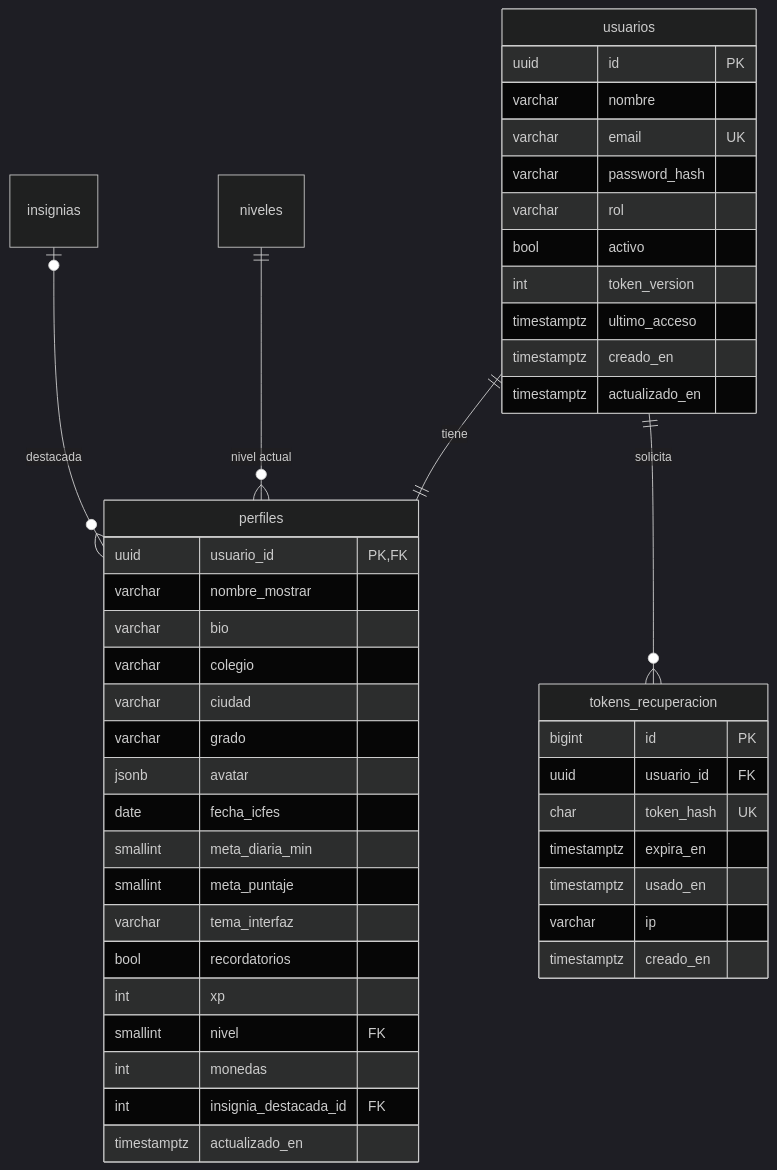
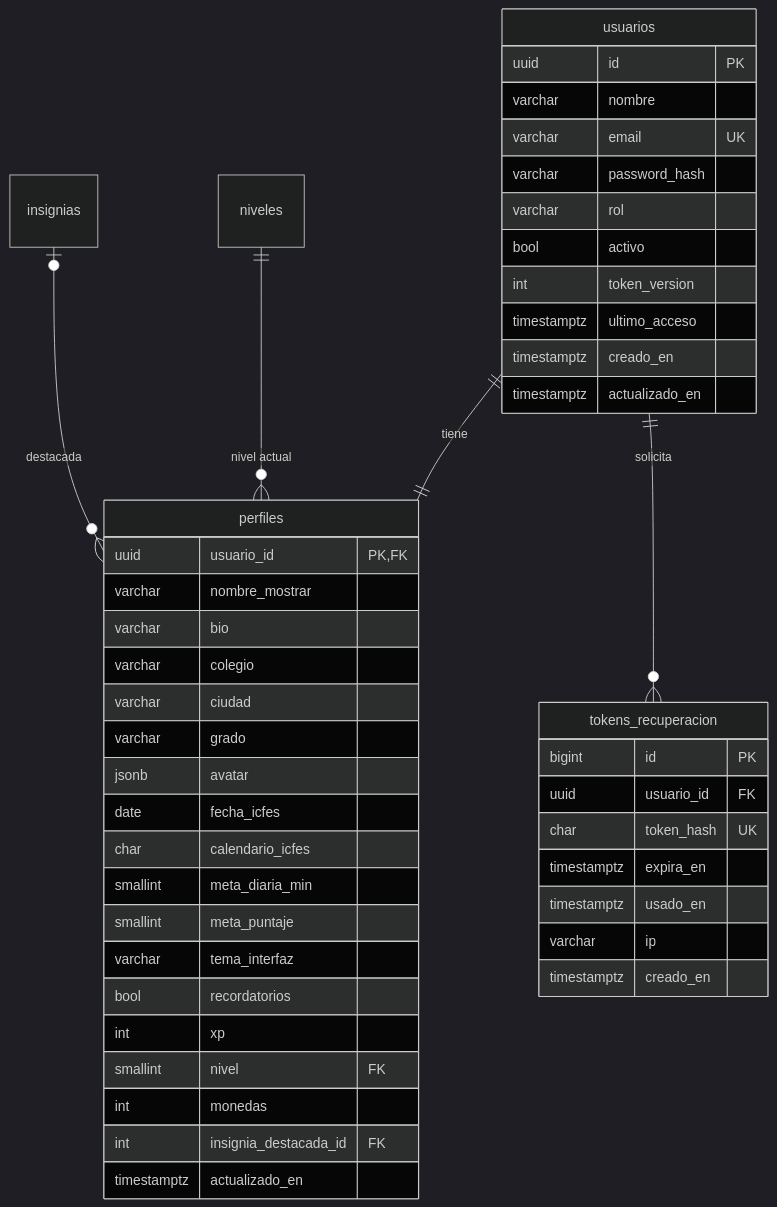
One commit to danisammynto/ICFES-LAB changed the second of 8 diagrams in docs/BASE_DE_DATOS.md. Above: the diagram before and after it, drawn with Mermaid (dark theme). The commit also changed other lines of this file and 225 other files, not shown here.

````diff
--- a/docs/BASE_DE_DATOS.md
+++ b/docs/BASE_DE_DATOS.md
@@ -61,48 +63,49 @@
 ```mermaid
 erDiagram
     usuarios ||--|| perfiles : "tiene"
     usuarios ||--o{ tokens_recuperacion : "solicita"
     niveles ||--o{ perfiles : "nivel actual"
     insignias |o--o{ perfiles : "destacada"
 
     usuarios {
         uuid id PK
         varchar nombre
         varchar email UK
         varchar password_hash
         varchar rol
         bool activo
         int token_version
         timestamptz ultimo_acceso
         timestamptz creado_en
         timestamptz actualizado_en
     }
     perfiles {
         uuid usuario_id PK, FK
         varchar nombre_mostrar
         varchar bio
         varchar colegio
         varchar ciudad
         varchar grado
         jsonb avatar
         date fecha_icfes
+        char calendario_icfes
         smallint meta_diaria_min
         smallint meta_puntaje
         varchar tema_interfaz
         bool recordatorios
         int xp
         smallint nivel FK
         int monedas
         int insignia_destacada_id FK
         timestamptz actualizado_en
     }
     tokens_recuperacion {
         bigint id PK
         uuid usuario_id FK
         char token_hash UK
         timestamptz expira_en
         timestamptz usado_en
         varchar ip
         timestamptz creado_en
     }
 ```
````
